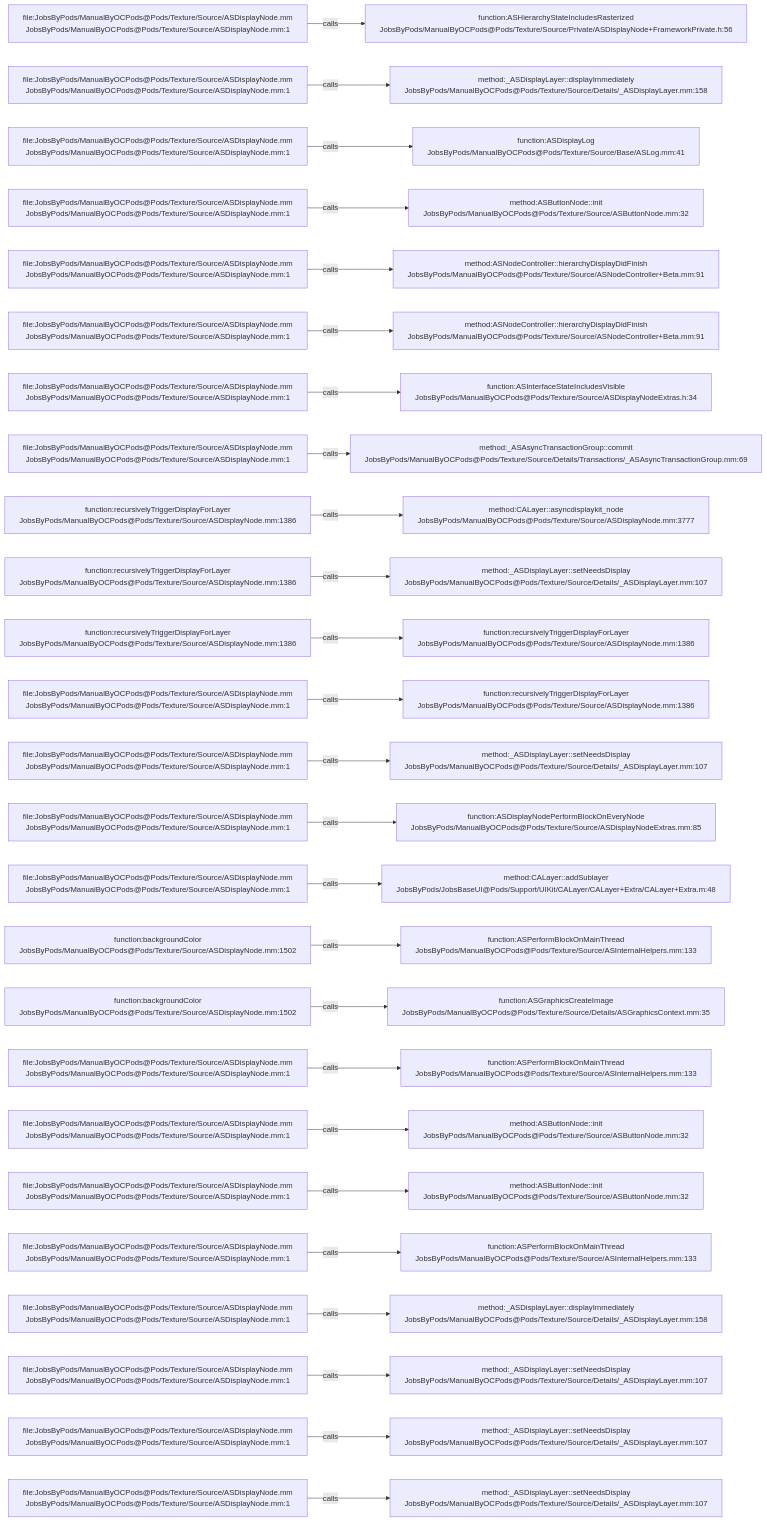
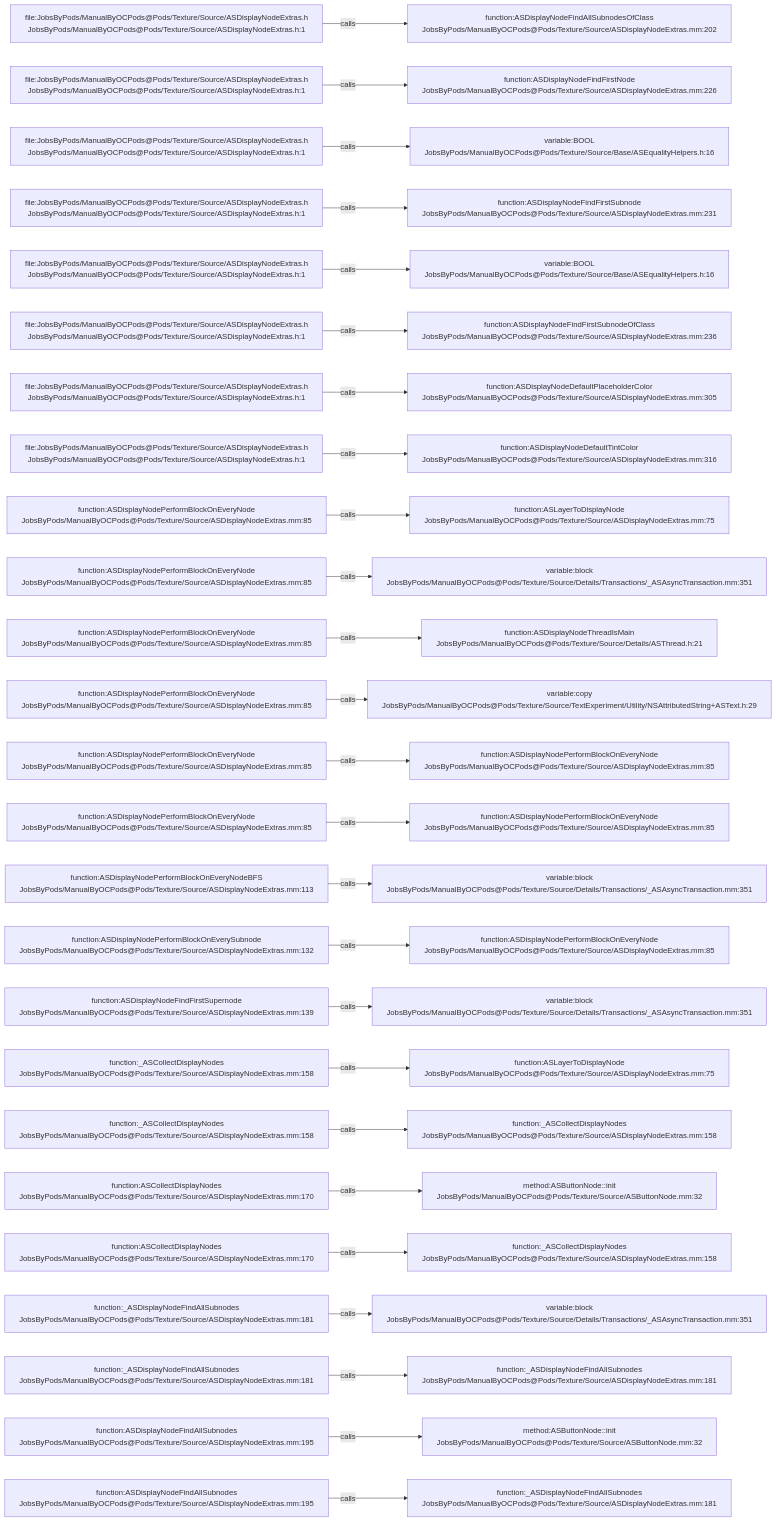
The diagram in .codegraph/codegraph.md/graphs/calls-091.md (JobsKits/JobsOCBaseConfigDemo), drawn with Mermaid before and after one commit. The commit also changed 2723 other files, not shown here.

````diff
--- a/.codegraph/codegraph.md/graphs/calls-091.md
+++ b/.codegraph/codegraph.md/graphs/calls-091.md
@@ -13,78 +13,78 @@
 ```mermaid
 flowchart LR
-  S1["file:JobsByPods/ManualByOCPods@Pods/Texture/Source/ASDisplayNode.mm<br/>JobsByPods/ManualByOCPods@Pods/Texture/Source/ASDisplayNode.mm:1"]
-  T1["function:ASHierarchyStateIncludesRasterized<br/>JobsByPods/ManualByOCPods@Pods/Texture/Source/Private/ASDisplayNode+FrameworkPrivate.h:56"]
+  S1["file:JobsByPods/ManualByOCPods@Pods/Texture/Source/ASDisplayNodeExtras.h<br/>JobsByPods/ManualByOCPods@Pods/Texture/Source/ASDisplayNodeExtras.h:1"]
+  T1["function:ASDisplayNodeFindAllSubnodesOfClass<br/>JobsByPods/ManualByOCPods@Pods/Texture/Source/ASDisplayNodeExtras.mm:202"]
   S1 -->|calls| T1
-  S2["file:JobsByPods/ManualByOCPods@Pods/Texture/Source/ASDisplayNode.mm<br/>JobsByPods/ManualByOCPods@Pods/Texture/Source/ASDisplayNode.mm:1"]
-  T2["method:_ASDisplayLayer::displayImmediately<br/>JobsByPods/ManualByOCPods@Pods/Texture/Source/Details/_ASDisplayLayer.mm:158"]
+  S2["file:JobsByPods/ManualByOCPods@Pods/Texture/Source/ASDisplayNodeExtras.h<br/>JobsByPods/ManualByOCPods@Pods/Texture/Source/ASDisplayNodeExtras.h:1"]
+  T2["function:ASDisplayNodeFindFirstNode<br/>JobsByPods/ManualByOCPods@Pods/Texture/Source/ASDisplayNodeExtras.mm:226"]
   S2 -->|calls| T2
-  S3["file:JobsByPods/ManualByOCPods@Pods/Texture/Source/ASDisplayNode.mm<br/>JobsByPods/ManualByOCPods@Pods/Texture/Source/ASDisplayNode.mm:1"]
-  T3["function:ASDisplayLog<br/>JobsByPods/ManualByOCPods@Pods/Texture/Source/Base/ASLog.mm:41"]
+  S3["file:JobsByPods/ManualByOCPods@Pods/Texture/Source/ASDisplayNodeExtras.h<br/>JobsByPods/ManualByOCPods@Pods/Texture/Source/ASDisplayNodeExtras.h:1"]
+  T3["variable:BOOL<br/>JobsByPods/ManualByOCPods@Pods/Texture/Source/Base/ASEqualityHelpers.h:16"]
   S3 -->|calls| T3
-  S4["file:JobsByPods/ManualByOCPods@Pods/Texture/Source/ASDisplayNode.mm<br/>JobsByPods/ManualByOCPods@Pods/Texture/Source/ASDisplayNode.mm:1"]
-  T4["method:ASButtonNode::init<br/>JobsByPods/ManualByOCPods@Pods/Texture/Source/ASButtonNode.mm:32"]
+  S4["file:JobsByPods/ManualByOCPods@Pods/Texture/Source/ASDisplayNodeExtras.h<br/>JobsByPods/ManualByOCPods@Pods/Texture/Source/ASDisplayNodeExtras.h:1"]
+  T4["function:ASDisplayNodeFindFirstSubnode<br/>JobsByPods/ManualByOCPods@Pods/Texture/Source/ASDisplayNodeExtras.mm:231"]
   S4 -->|calls| T4
-  S5["file:JobsByPods/ManualByOCPods@Pods/Texture/Source/ASDisplayNode.mm<br/>JobsByPods/ManualByOCPods@Pods/Texture/Source/ASDisplayNode.mm:1"]
-  T5["method:ASNodeController::hierarchyDisplayDidFinish<br/>JobsByPods/ManualByOCPods@Pods/Texture/Source/ASNodeController+Beta.mm:91"]
+  S5["file:JobsByPods/ManualByOCPods@Pods/Texture/Source/ASDisplayNodeExtras.h<br/>JobsByPods/ManualByOCPods@Pods/Texture/Source/ASDisplayNodeExtras.h:1"]
+  T5["variable:BOOL<br/>JobsByPods/ManualByOCPods@Pods/Texture/Source/Base/ASEqualityHelpers.h:16"]
   S5 -->|calls| T5
-  S6["file:JobsByPods/ManualByOCPods@Pods/Texture/Source/ASDisplayNode.mm<br/>JobsByPods/ManualByOCPods@Pods/Texture/Source/ASDisplayNode.mm:1"]
-  T6["method:ASNodeController::hierarchyDisplayDidFinish<br/>JobsByPods/ManualByOCPods@Pods/Texture/Source/ASNodeController+Beta.mm:91"]
+  S6["file:JobsByPods/ManualByOCPods@Pods/Texture/Source/ASDisplayNodeExtras.h<br/>JobsByPods/ManualByOCPods@Pods/Texture/Source/ASDisplayNodeExtras.h:1"]
+  T6["function:ASDisplayNodeFindFirstSubnodeOfClass<br/>JobsByPods/ManualByOCPods@Pods/Texture/Source/ASDisplayNodeExtras.mm:236"]
   S6 -->|calls| T6
-  S7["file:JobsByPods/ManualByOCPods@Pods/Texture/Source/ASDisplayNode.mm<br/>JobsByPods/ManualByOCPods@Pods/Texture/Source/ASDisplayNode.mm:1"]
-  T7["function:ASInterfaceStateIncludesVisible<br/>JobsByPods/ManualByOCPods@Pods/Texture/Source/ASDisplayNodeExtras.h:34"]
+  S7["file:JobsByPods/ManualByOCPods@Pods/Texture/Source/ASDisplayNodeExtras.h<br/>JobsByPods/ManualByOCPods@Pods/Texture/Source/ASDisplayNodeExtras.h:1"]
+  T7["function:ASDisplayNodeDefaultPlaceholderColor<br/>JobsByPods/ManualByOCPods@Pods/Texture/Source/ASDisplayNodeExtras.mm:305"]
   S7 -->|calls| T7
-  S8["file:JobsByPods/ManualByOCPods@Pods/Texture/Source/ASDisplayNode.mm<br/>JobsByPods/ManualByOCPods@Pods/Texture/Source/ASDisplayNode.mm:1"]
-  T8["method:_ASAsyncTransactionGroup::commit<br/>JobsByPods/ManualByOCPods@Pods/Texture/Source/Details/Transactions/_ASAsyncTransactionGroup.mm:69"]
+  S8["file:JobsByPods/ManualByOCPods@Pods/Texture/Source/ASDisplayNodeExtras.h<br/>JobsByPods/ManualByOCPods@Pods/Texture/Source/ASDisplayNodeExtras.h:1"]
+  T8["function:ASDisplayNodeDefaultTintColor<br/>JobsByPods/ManualByOCPods@Pods/Texture/Source/ASDisplayNodeExtras.mm:316"]
   S8 -->|calls| T8
-  S9["function:recursivelyTriggerDisplayForLayer<br/>JobsByPods/ManualByOCPods@Pods/Texture/Source/ASDisplayNode.mm:1386"]
-  T9["method:CALayer::asyncdisplaykit_node<br/>JobsByPods/ManualByOCPods@Pods/Texture/Source/ASDisplayNode.mm:3777"]
+  S9["function:ASDisplayNodePerformBlockOnEveryNode<br/>JobsByPods/ManualByOCPods@Pods/Texture/Source/ASDisplayNodeExtras.mm:85"]
+  T9["function:ASLayerToDisplayNode<br/>JobsByPods/ManualByOCPods@Pods/Texture/Source/ASDisplayNodeExtras.mm:75"]
   S9 -->|calls| T9
-  S10["function:recursivelyTriggerDisplayForLayer<br/>JobsByPods/ManualByOCPods@Pods/Texture/Source/ASDisplayNode.mm:1386"]
-  T10["method:_ASDisplayLayer::setNeedsDisplay<br/>JobsByPods/ManualByOCPods@Pods/Texture/Source/Details/_ASDisplayLayer.mm:107"]
+  S10["function:ASDisplayNodePerformBlockOnEveryNode<br/>JobsByPods/ManualByOCPods@Pods/Texture/Source/ASDisplayNodeExtras.mm:85"]
+  T10["variable:block<br/>JobsByPods/ManualByOCPods@Pods/Texture/Source/Details/Transactions/_ASAsyncTransaction.mm:351"]
   S10 -->|calls| T10
-  S11["function:recursivelyTriggerDisplayForLayer<br/>JobsByPods/ManualByOCPods@Pods/Texture/Source/ASDisplayNode.mm:1386"]
-  T11["function:recursivelyTriggerDisplayForLayer<br/>JobsByPods/ManualByOCPods@Pods/Texture/Source/ASDisplayNode.mm:1386"]
+  S11["function:ASDisplayNodePerformBlockOnEveryNode<br/>JobsByPods/ManualByOCPods@Pods/Texture/Source/ASDisplayNodeExtras.mm:85"]
+  T11["function:ASDisplayNodeThreadIsMain<br/>JobsByPods/ManualByOCPods@Pods/Texture/Source/Details/ASThread.h:21"]
   S11 -->|calls| T11
-  S12["file:JobsByPods/ManualByOCPods@Pods/Texture/Source/ASDisplayNode.mm<br/>JobsByPods/ManualByOCPods@Pods/Texture/Source/ASDisplayNode.mm:1"]
-  T12["function:recursivelyTriggerDisplayForLayer<br/>JobsByPods/ManualByOCPods@Pods/Texture/Source/ASDisplayNode.mm:1386"]
+  S12["function:ASDisplayNodePerformBlockOnEveryNode<br/>JobsByPods/ManualByOCPods@Pods/Texture/Source/ASDisplayNodeExtras.mm:85"]
+  T12["variable:copy<br/>JobsByPods/ManualByOCPods@Pods/Texture/Source/TextExperiment/Utility/NSAttributedString+ASText.h:29"]
   S12 -->|calls| T12
-  S13["file:JobsByPods/ManualByOCPods@Pods/Texture/Source/ASDisplayNode.mm<br/>JobsByPods/ManualByOCPods@Pods/Texture/Source/ASDisplayNode.mm:1"]
-  T13["method:_ASDisplayLayer::setNeedsDisplay<br/>JobsByPods/ManualByOCPods@Pods/Texture/Source/Details/_ASDisplayLayer.mm:107"]
+  S13["function:ASDisplayNodePerformBlockOnEveryNode<br/>JobsByPods/ManualByOCPods@Pods/Texture/Source/ASDisplayNodeExtras.mm:85"]
+  T13["function:ASDisplayNodePerformBlockOnEveryNode<br/>JobsByPods/ManualByOCPods@Pods/Texture/Source/ASDisplayNodeExtras.mm:85"]
   S13 -->|calls| T13
-  S14["file:JobsByPods/ManualByOCPods@Pods/Texture/Source/ASDisplayNode.mm<br/>JobsByPods/ManualByOCPods@Pods/Texture/Source/ASDisplayNode.mm:1"]
+  S14["function:ASDisplayNodePerformBlockOnEveryNode<br/>JobsByPods/ManualByOCPods@Pods/Texture/Source/ASDisplayNodeExtras.mm:85"]
   T14["function:ASDisplayNodePerformBlockOnEveryNode<br/>JobsByPods/ManualByOCPods@Pods/Texture/Source/ASDisplayNodeExtras.mm:85"]
   S14 -->|calls| T14
-  S15["file:JobsByPods/ManualByOCPods@Pods/Texture/Source/ASDisplayNode.mm<br/>JobsByPods/ManualByOCPods@Pods/Texture/Source/ASDisplayNode.mm:1"]
-  T15["method:CALayer::addSublayer<br/>JobsByPods/JobsBaseUI@Pods/Support/UIKit/CALayer/CALayer+Extra/CALayer+Extra.m:48"]
+  S15["function:ASDisplayNodePerformBlockOnEveryNodeBFS<br/>JobsByPods/ManualByOCPods@Pods/Texture/Source/ASDisplayNodeExtras.mm:113"]
+  T15["variable:block<br/>JobsByPods/ManualByOCPods@Pods/Texture/Source/Details/Transactions/_ASAsyncTransaction.mm:351"]
   S15 -->|calls| T15
-  S16["function:backgroundColor<br/>JobsByPods/ManualByOCPods@Pods/Texture/Source/ASDisplayNode.mm:1502"]
-  T16["function:ASPerformBlockOnMainThread<br/>JobsByPods/ManualByOCPods@Pods/Texture/Source/ASInternalHelpers.mm:133"]
+  S16["function:ASDisplayNodePerformBlockOnEverySubnode<br/>JobsByPods/ManualByOCPods@Pods/Texture/Source/ASDisplayNodeExtras.mm:132"]
+  T16["function:ASDisplayNodePerformBlockOnEveryNode<br/>JobsByPods/ManualByOCPods@Pods/Texture/Source/ASDisplayNodeExtras.mm:85"]
   S16 -->|calls| T16
-  S17["function:backgroundColor<br/>JobsByPods/ManualByOCPods@Pods/Texture/Source/ASDisplayNode.mm:1502"]
-  T17["function:ASGraphicsCreateImage<br/>JobsByPods/ManualByOCPods@Pods/Texture/Source/Details/ASGraphicsContext.mm:35"]
+  S17["function:ASDisplayNodeFindFirstSupernode<br/>JobsByPods/ManualByOCPods@Pods/Texture/Source/ASDisplayNodeExtras.mm:139"]
+  T17["variable:block<br/>JobsByPods/ManualByOCPods@Pods/Texture/Source/Details/Transactions/_ASAsyncTransaction.mm:351"]
   S17 -->|calls| T17
-  S18["file:JobsByPods/ManualByOCPods@Pods/Texture/Source/ASDisplayNode.mm<br/>JobsByPods/ManualByOCPods@Pods/Texture/Source/ASDisplayNode.mm:1"]
-  T18["function:ASPerformBlockOnMainThread<br/>JobsByPods/ManualByOCPods@Pods/Texture/Source/ASInternalHelpers.mm:133"]
+  S18["function:_ASCollectDisplayNodes<br/>JobsByPods/ManualByOCPods@Pods/Texture/Source/ASDisplayNodeExtras.mm:158"]
+  T18["function:ASLayerToDisplayNode<br/>JobsByPods/ManualByOCPods@Pods/Texture/Source/ASDisplayNodeExtras.mm:75"]
   S18 -->|calls| T18
-  S19["file:JobsByPods/ManualByOCPods@Pods/Texture/Source/ASDisplayNode.mm<br/>JobsByPods/ManualByOCPods@Pods/Texture/Source/ASDisplayNode.mm:1"]
-  T19["method:ASButtonNode::init<br/>JobsByPods/ManualByOCPods@Pods/Texture/Source/ASButtonNode.mm:32"]
+  S19["function:_ASCollectDisplayNodes<br/>JobsByPods/ManualByOCPods@Pods/Texture/Source/ASDisplayNodeExtras.mm:158"]
+  T19["function:_ASCollectDisplayNodes<br/>JobsByPods/ManualByOCPods@Pods/Texture/Source/ASDisplayNodeExtras.mm:158"]
   S19 -->|calls| T19
-  S20["file:JobsByPods/ManualByOCPods@Pods/Texture/Source/ASDisplayNode.mm<br/>JobsByPods/ManualByOCPods@Pods/Texture/Source/ASDisplayNode.mm:1"]
+  S20["function:ASCollectDisplayNodes<br/>JobsByPods/ManualByOCPods@Pods/Texture/Source/ASDisplayNodeExtras.mm:170"]
   T20["method:ASButtonNode::init<br/>JobsByPods/ManualByOCPods@Pods/Texture/Source/ASButtonNode.mm:32"]
   S20 -->|calls| T20
-  S21["file:JobsByPods/ManualByOCPods@Pods/Texture/Source/ASDisplayNode.mm<br/>JobsByPods/ManualByOCPods@Pods/Texture/Source/ASDisplayNode.mm:1"]
-  T21["function:ASPerformBlockOnMainThread<br/>JobsByPods/ManualByOCPods@Pods/Texture/Source/ASInternalHelpers.mm:133"]
+  S21["function:ASCollectDisplayNodes<br/>JobsByPods/ManualByOCPods@Pods/Texture/Source/ASDisplayNodeExtras.mm:170"]
+  T21["function:_ASCollectDisplayNodes<br/>JobsByPods/ManualByOCPods@Pods/Texture/Source/ASDisplayNodeExtras.mm:158"]
   S21 -->|calls| T21
-  S22["file:JobsByPods/ManualByOCPods@Pods/Texture/Source/ASDisplayNode.mm<br/>JobsByPods/ManualByOCPods@Pods/Texture/Source/ASDisplayNode.mm:1"]
-  T22["method:_ASDisplayLayer::displayImmediately<br/>JobsByPods/ManualByOCPods@Pods/Texture/Source/Details/_ASDisplayLayer.mm:158"]
+  S22["function:_ASDisplayNodeFindAllSubnodes<br/>JobsByPods/ManualByOCPods@Pods/Texture/Source/ASDisplayNodeExtras.mm:181"]
+  T22["variable:block<br/>JobsByPods/ManualByOCPods@Pods/Texture/Source/Details/Transactions/_ASAsyncTransaction.mm:351"]
   S22 -->|calls| T22
-  S23["file:JobsByPods/ManualByOCPods@Pods/Texture/Source/ASDisplayNode.mm<br/>JobsByPods/ManualByOCPods@Pods/Texture/Source/ASDisplayNode.mm:1"]
-  T23["method:_ASDisplayLayer::setNeedsDisplay<br/>JobsByPods/ManualByOCPods@Pods/Texture/Source/Details/_ASDisplayLayer.mm:107"]
+  S23["function:_ASDisplayNodeFindAllSubnodes<br/>JobsByPods/ManualByOCPods@Pods/Texture/Source/ASDisplayNodeExtras.mm:181"]
+  T23["function:_ASDisplayNodeFindAllSubnodes<br/>JobsByPods/ManualByOCPods@Pods/Texture/Source/ASDisplayNodeExtras.mm:181"]
   S23 -->|calls| T23
-  S24["file:JobsByPods/ManualByOCPods@Pods/Texture/Source/ASDisplayNode.mm<br/>JobsByPods/ManualByOCPods@Pods/Texture/Source/ASDisplayNode.mm:1"]
-  T24["method:_ASDisplayLayer::setNeedsDisplay<br/>JobsByPods/ManualByOCPods@Pods/Texture/Source/Details/_ASDisplayLayer.mm:107"]
+  S24["function:ASDisplayNodeFindAllSubnodes<br/>JobsByPods/ManualByOCPods@Pods/Texture/Source/ASDisplayNodeExtras.mm:195"]
+  T24["method:ASButtonNode::init<br/>JobsByPods/ManualByOCPods@Pods/Texture/Source/ASButtonNode.mm:32"]
   S24 -->|calls| T24
-  S25["file:JobsByPods/ManualByOCPods@Pods/Texture/Source/ASDisplayNode.mm<br/>JobsByPods/ManualByOCPods@Pods/Texture/Source/ASDisplayNode.mm:1"]
-  T25["method:_ASDisplayLayer::setNeedsDisplay<br/>JobsByPods/ManualByOCPods@Pods/Texture/Source/Details/_ASDisplayLayer.mm:107"]
+  S25["function:ASDisplayNodeFindAllSubnodes<br/>JobsByPods/ManualByOCPods@Pods/Texture/Source/ASDisplayNodeExtras.mm:195"]
+  T25["function:_ASDisplayNodeFindAllSubnodes<br/>JobsByPods/ManualByOCPods@Pods/Texture/Source/ASDisplayNodeExtras.mm:181"]
   S25 -->|calls| T25
 ```
````
